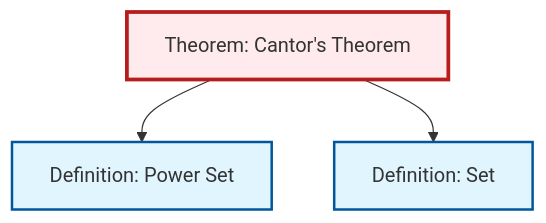
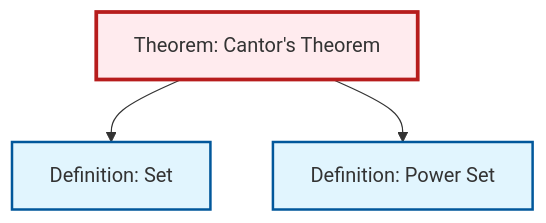
Before and after one commit to RK0429/ModernMath: the second of 2 diagrams in content/ja/logic-set-theory/thm-cantor.qmd, drawn with Mermaid. The commit also changed other lines of this file and 417 other files, not shown here.

````diff
--- a/content/ja/logic-set-theory/thm-cantor.qmd
+++ b/content/ja/logic-set-theory/thm-cantor.qmd
@@ -71,17 +71,17 @@
 ```{mermaid}
 %%| fig-cap: "Local dependency graph"
 graph TD
     classDef definition fill:#e1f5fe,stroke:#01579b,stroke-width:2px
     classDef theorem fill:#f3e5f5,stroke:#4a148c,stroke-width:2px
     classDef axiom fill:#fff3e0,stroke:#e65100,stroke-width:2px
     classDef example fill:#e8f5e9,stroke:#1b5e20,stroke-width:2px
     classDef current fill:#ffebee,stroke:#b71c1c,stroke-width:3px
+    def-power-set["Definition: Power Set"]:::definition
     thm-cantor["Theorem: Cantor's Theorem"]:::theorem
     def-set["Definition: Set"]:::definition
-    def-power-set["Definition: Power Set"]:::definition
+    thm-cantor --> def-set
     thm-cantor --> def-power-set
-    thm-cantor --> def-set
     class thm-cantor current
+    click def-power-set "def-power-set.html" "Definition: Power Setへ"
     click def-set "def-set.html" "Definition: Setへ"
-    click def-power-set "def-power-set.html" "Definition: Power Setへ"
 ```
````
